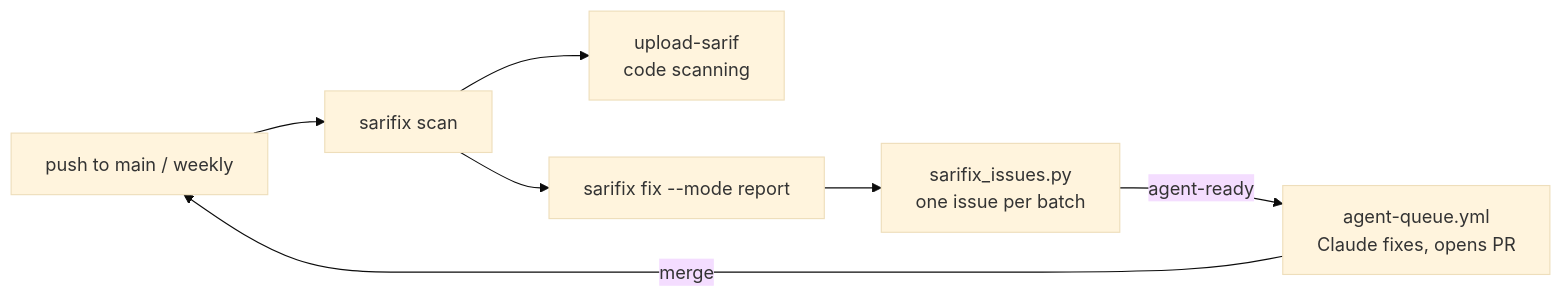
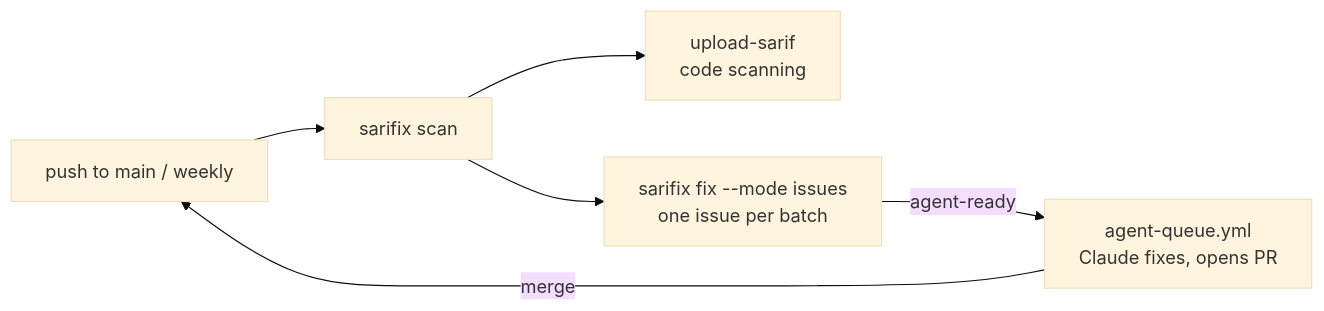
The diagram in docs/tutorials/claude-queue.md (rossedman/sarifix), drawn with Mermaid (base theme) before and after one commit. The commit also changed other lines of this file and 30 other files, not shown here.

First line of the commit message:
feat: sarifix fix --mode issues, one GitHub issue per batch (#11)

````diff
--- a/docs/tutorials/claude-queue.md
+++ b/docs/tutorials/claude-queue.md
@@ -5,9 +5,8 @@
 ```mermaid
 flowchart LR
   A[push to main / weekly] --> B[sarifix scan]
   B --> C[upload-sarif<br>code scanning]
-  B --> D[sarifix fix --mode report]
-  D --> E[sarifix_issues.py<br>one issue per batch]
-  E -->|agent-ready| F[agent-queue.yml<br>Claude fixes, opens PR]
+  B --> D[sarifix fix --mode issues<br>one issue per batch]
+  D -->|agent-ready| F[agent-queue.yml<br>Claude fixes, opens PR]
   F -->|merge| A
 ```
````
